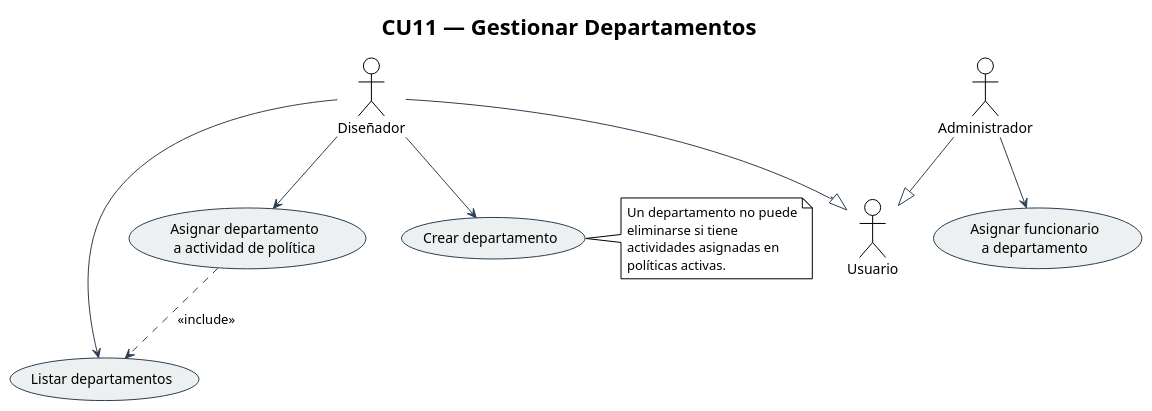
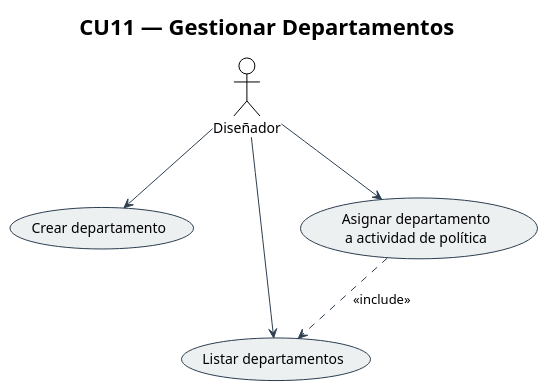
The diagram in docs/uml/cu11_gestionar_departamentos.puml (luisfernandoAngulo28/Examen1SW1), drawn with PlantUML before and after one commit. The commit also changed 61 other files, not shown here.

Commit message:
docs+feat: commit all documentation, UML diagrams, ai-service routes, mobile app updates

```diff
--- a/docs/uml/cu11_gestionar_departamentos.puml
+++ b/docs/uml/cu11_gestionar_departamentos.puml
@@ -1,39 +1,31 @@
 @startuml CU11_Gestionar_Departamentos
 !theme plain
 skinparam actorStyle default
 skinparam usecaseBorderColor #2C3E50
 skinparam usecaseBackgroundColor #ECF0F1
 skinparam arrowColor #2C3E50
 
 title CU11 — Gestionar Departamentos
 
 ' ── Actores ──
 actor "Diseñador"    as DESIGNER
-actor "Administrador" as ADMIN
-actor "Usuario"      as USER
 
-DESIGNER --|> USER
-ADMIN    --|> USER
+
 
 ' ── Casos de uso ──
 usecase "Crear departamento"       as UC_CREATE
 usecase "Listar departamentos"     as UC_LIST
 usecase "Asignar departamento\na actividad de política" as UC_ASSIGN
-usecase "Asignar funcionario\na departamento"           as UC_STAFF
+
 
 ' ── Relaciones ──
 DESIGNER --> UC_CREATE
 DESIGNER --> UC_LIST
 DESIGNER --> UC_ASSIGN
-ADMIN    --> UC_STAFF
+
 
 UC_ASSIGN ..> UC_LIST : <<include>>
 
-note right of UC_CREATE
-  Un departamento no puede
-  eliminarse si tiene
-  actividades asignadas en
-  políticas activas.
-end note
+
 
 @enduml
```
